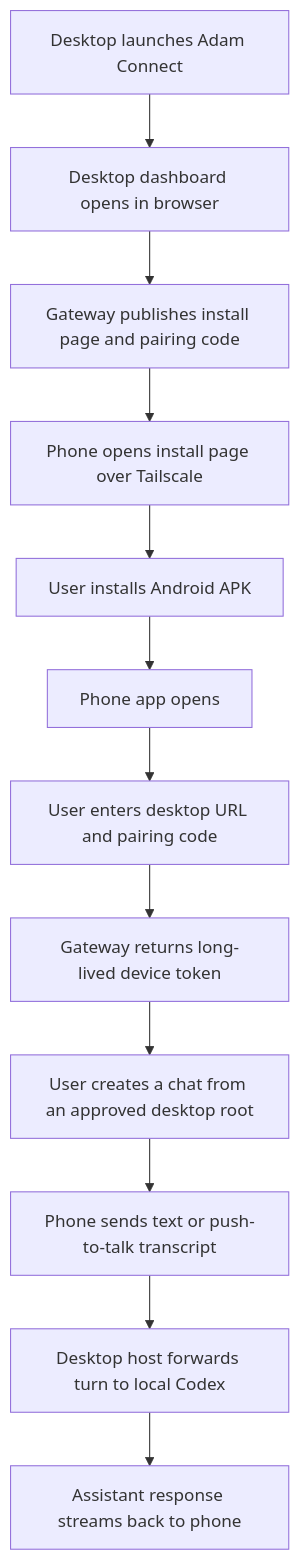
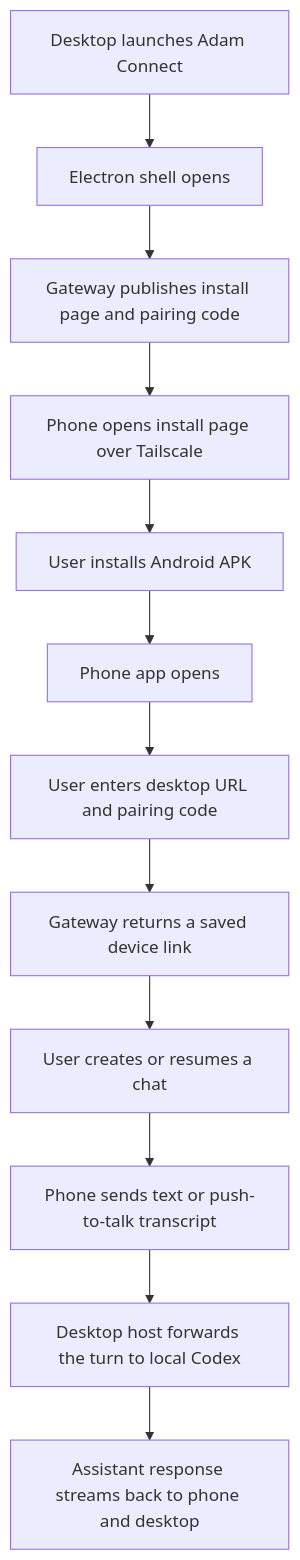
The diagram in docs/manual.md (Adamgdwn/codex_adam_connect), drawn with Mermaid before and after one commit. The commit also changed other lines of this file and 49 other files, not shown here.

````diff
--- a/docs/manual.md
+++ b/docs/manual.md
@@ -47,14 +47,14 @@
 ```mermaid
 flowchart TD
-    A[Desktop launches Adam Connect] --> B[Desktop dashboard opens in browser]
+    A[Desktop launches Adam Connect] --> B[Electron shell opens]
     B --> C[Gateway publishes install page and pairing code]
     C --> D[Phone opens install page over Tailscale]
     D --> E[User installs Android APK]
     E --> F[Phone app opens]
     F --> G[User enters desktop URL and pairing code]
-    G --> H[Gateway returns long-lived device token]
-    H --> I[User creates a chat from an approved desktop root]
+    G --> H[Gateway returns a saved device link]
+    H --> I[User creates or resumes a chat]
     I --> J[Phone sends text or push-to-talk transcript]
-    J --> K[Desktop host forwards turn to local Codex]
-    K --> L[Assistant response streams back to phone]
+    J --> K[Desktop host forwards the turn to local Codex]
+    K --> L[Assistant response streams back to phone and desktop]
 ```
````
